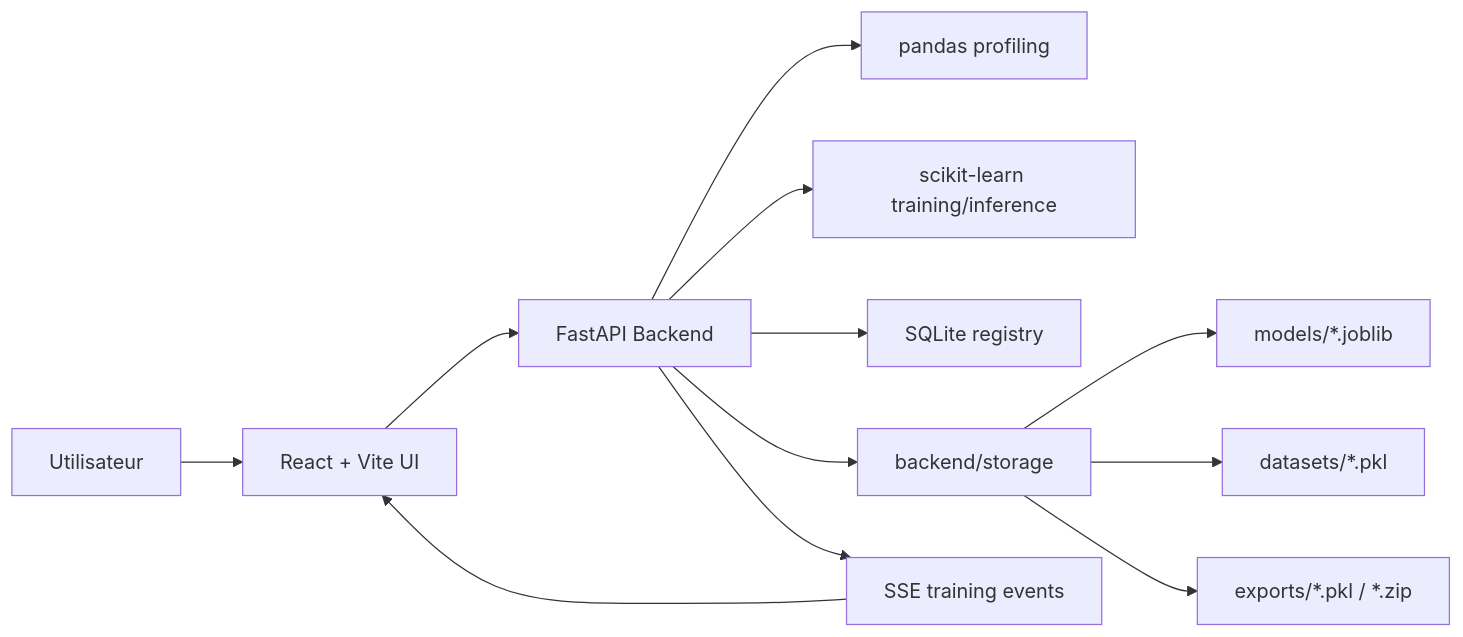
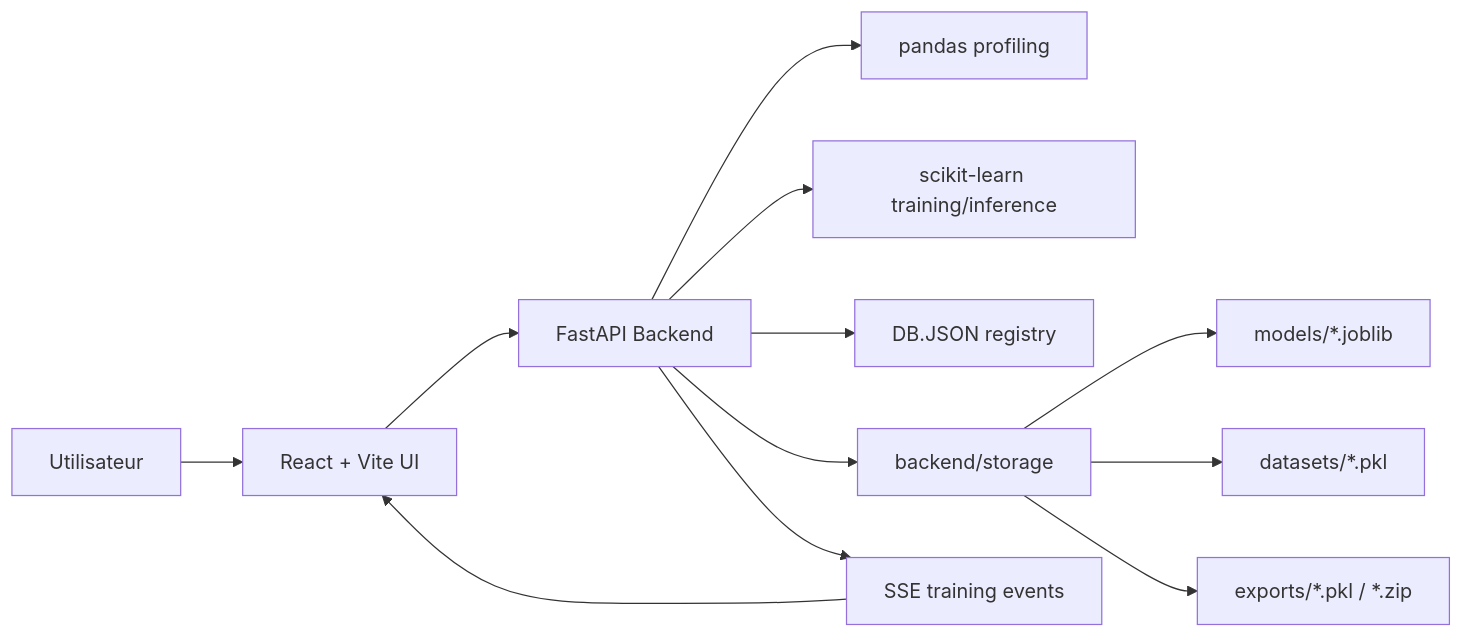
The diagram in README.md (neo4hack-dotcom/Nexus-ML), drawn with Mermaid before and after one commit. The commit also changed other lines of this file and 7 other files, not shown here.

Commit message:
Add LLM configuration and JSON registry

````diff
--- a/README.md
+++ b/README.md
@@ -336,14 +353,14 @@
 ```mermaid
 flowchart LR
   User["Utilisateur"] --> UI["React + Vite UI"]
   UI --> API["FastAPI Backend"]
   API --> Pandas["pandas profiling"]
   API --> SK["scikit-learn training/inference"]
-  API --> Registry["SQLite registry"]
+  API --> Registry["DB.JSON registry"]
   API --> Storage["backend/storage"]
   Storage --> Models["models/*.joblib"]
   Storage --> Datasets["datasets/*.pkl"]
   Storage --> Exports["exports/*.pkl / *.zip"]
   API --> SSE["SSE training events"]
   SSE --> UI
 ```
````
